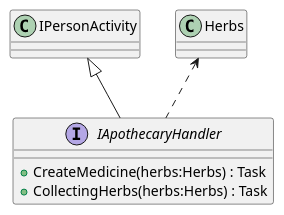
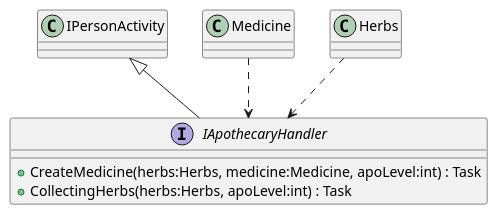
One commit to kollibroman/ColonySimulator changed the diagram in UmlSchemas/ProjectSchema/Handlers/Interfaces/ProfessionsInterfaces/IApothecaryHandler.puml. Above: the diagram before and after it, drawn with PlantUML. The commit also changed 91 other files, not shown here.

```diff
--- a/UmlSchemas/ProjectSchema/Handlers/Interfaces/ProfessionsInterfaces/IApothecaryHandler.puml
+++ b/UmlSchemas/ProjectSchema/Handlers/Interfaces/ProfessionsInterfaces/IApothecaryHandler.puml
@@ -1,9 +1,10 @@
 @startuml
 interface IApothecaryHandler {
-    + CreateMedicine(herbs:Herbs) : Task
-    + CollectingHerbs(herbs:Herbs) : Task
+    + CreateMedicine(herbs:Herbs, medicine:Medicine, apoLevel:int) : Task
+    + CollectingHerbs(herbs:Herbs, apoLevel:int) : Task
 }
 IPersonActivity <|-- IApothecaryHandler
-Herbs <.. IApothecaryHandler
+Medicine ..> IApothecaryHandler
+Herbs ..> IApothecaryHandler
 
 @enduml
```
